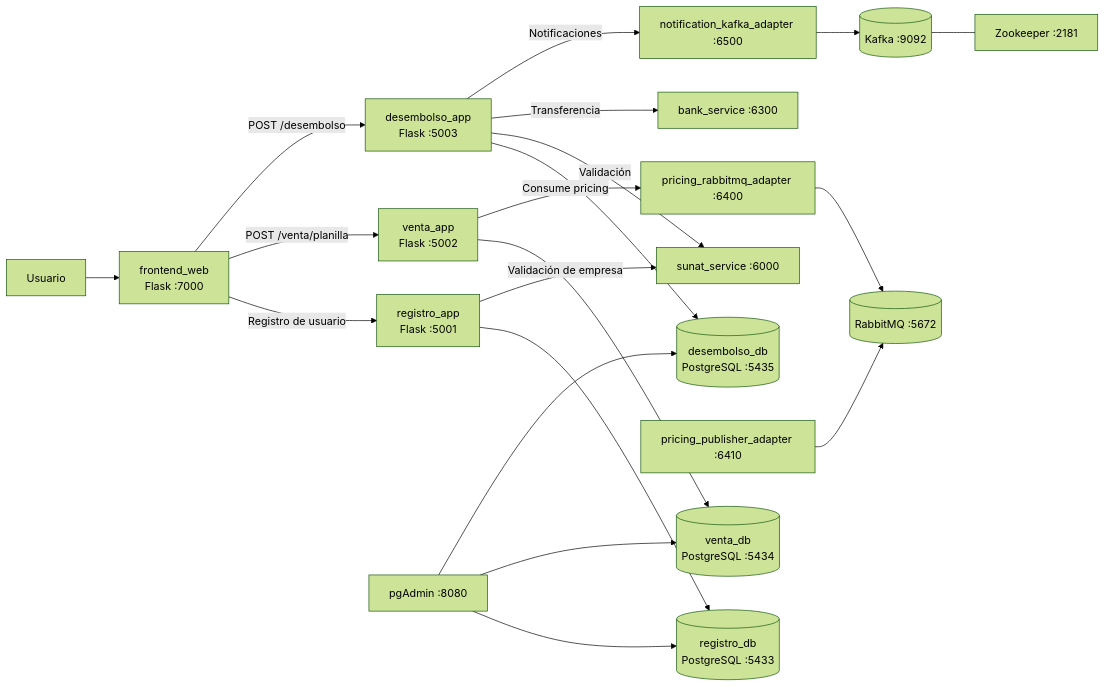
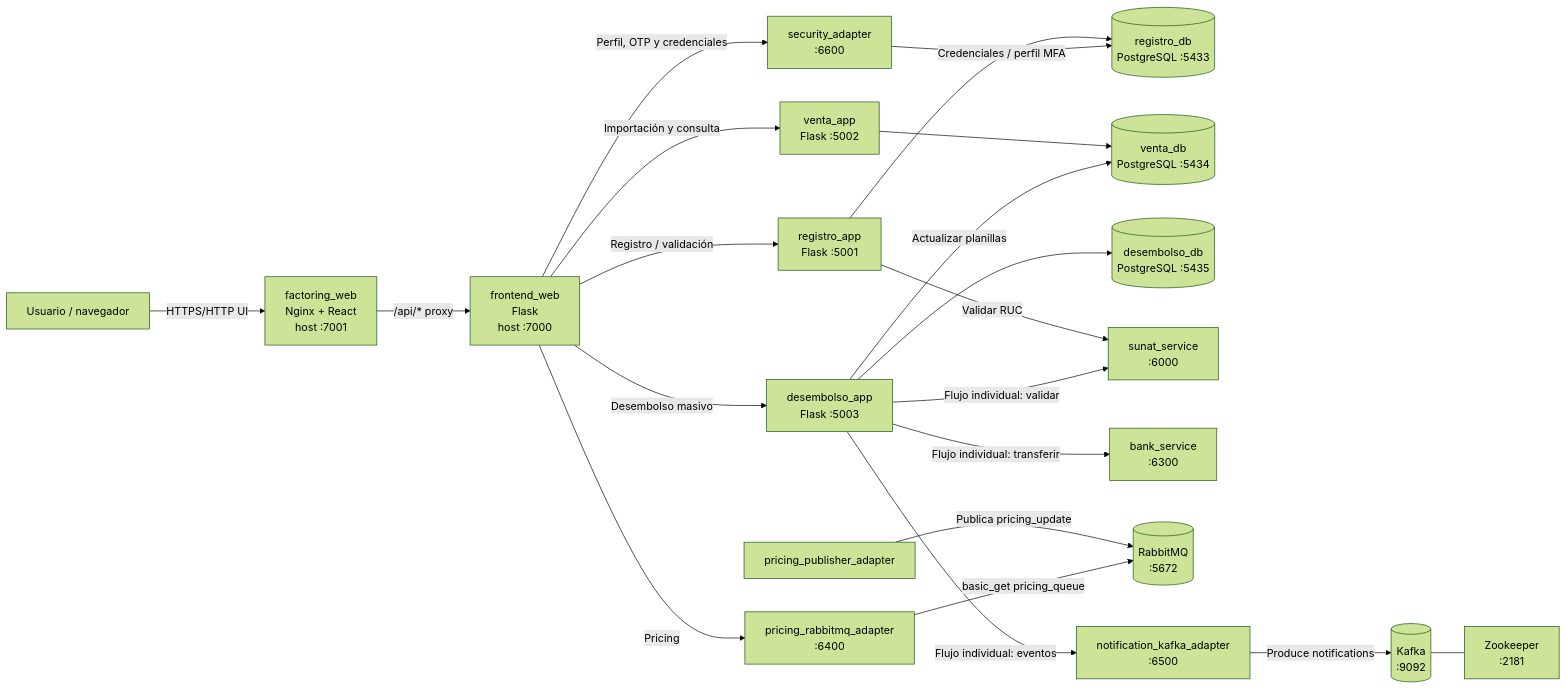
One commit to syslet/tecsup-arq-factoring-dist changed the first of 6 diagrams in README.md. Above: the diagram before and after it, drawn with Mermaid (forest theme). The commit also changed other lines of this file and 28 other files, not shown here.

````diff
--- a/README.md
+++ b/README.md
@@ -104,27 +126,49 @@
 ```mermaid
 flowchart LR
-    U[Usuario] --> FE[frontend_web<br/>Flask :7000]
+    User[Usuario / navegador]
+    Web[factoring_web<br/>Nginx + React<br/>host :7001]
+    Facade[frontend_web<br/>Flask<br/>host :7000]
 
-    FE -->|Registro de usuario| RA[registro_app<br/>Flask :5001]
-    FE -->|POST /venta/planilla| VA[venta_app<br/>Flask :5002]
-    FE -->|POST /desembolso| DA[desembolso_app<br/>Flask :5003]
+    Reg[registro_app<br/>Flask :5001]
+    Sale[venta_app<br/>Flask :5002]
+    Disb[desembolso_app<br/>Flask :5003]
 
-    RA --> RDB[(registro_db<br/>PostgreSQL :5433)]
-    VA --> VDB[(venta_db<br/>PostgreSQL :5434)]
-    DA --> DDB[(desembolso_db<br/>PostgreSQL :5435)]
+    RegDB[(registro_db<br/>PostgreSQL :5433)]
+    SaleDB[(venta_db<br/>PostgreSQL :5434)]
+    DisbDB[(desembolso_db<br/>PostgreSQL :5435)]
 
-    RA -->|Validación de empresa| SUNAT[sunat_service :6000]
-    VA -->|Consume pricing| PR[pricing_rabbitmq_adapter :6400]
-    PR --> RMQ[(RabbitMQ :5672)]
-    PP[pricing_publisher_adapter :6410] --> RMQ
+    Sunat[sunat_service<br/>:6000]
+    Bank[bank_service<br/>:6300]
+    Publisher[pricing_publisher_adapter]
+    PricingAPI[pricing_rabbitmq_adapter<br/>:6400]
+    Rabbit[(RabbitMQ<br/>:5672)]
+    Notif[notification_kafka_adapter<br/>:6500]
+    Kafka[(Kafka<br/>:9092)]
+    ZK[Zookeeper<br/>:2181]
 
-    DA -->|Validación| SUNAT
-    DA -->|Transferencia| BANK[bank_service :6300]
-    DA -->|Notificaciones| NK[notification_kafka_adapter :6500]
-    NK --> K[(Kafka :9092)]
-    K --- Z[Zookeeper :2181]
+    User -->|HTTPS/HTTP UI| Web
+    Web -->|/api/* proxy| Facade
 
-    PG[pgAdmin :8080] --> RDB
-    PG --> VDB
-    PG --> DDB
+    Facade -->|Registro / validación| Reg
+    Facade -->|Importación y consulta| Sale
+    Facade -->|Pricing| PricingAPI
+    Facade -->|Desembolso masivo| Disb
+    Facade -->|Perfil, OTP y credenciales| Security[security_adapter<br/>:6600]
+
+    Reg --> RegDB
+    Reg -->|Validar RUC| Sunat
+    Security -->|Credenciales / perfil MFA| RegDB
+
+    Sale --> SaleDB
+    Disb -->|Actualizar planillas| SaleDB
+    Disb --> DisbDB
+
+    Publisher -->|Publica pricing_update| Rabbit
+    PricingAPI -->|basic_get pricing_queue| Rabbit
+
+    Disb -->|Flujo individual: validar| Sunat
+    Disb -->|Flujo individual: transferir| Bank
+    Disb -->|Flujo individual: eventos| Notif
+    Notif -->|Produce notifications| Kafka
+    Kafka --- ZK
 ```
````
